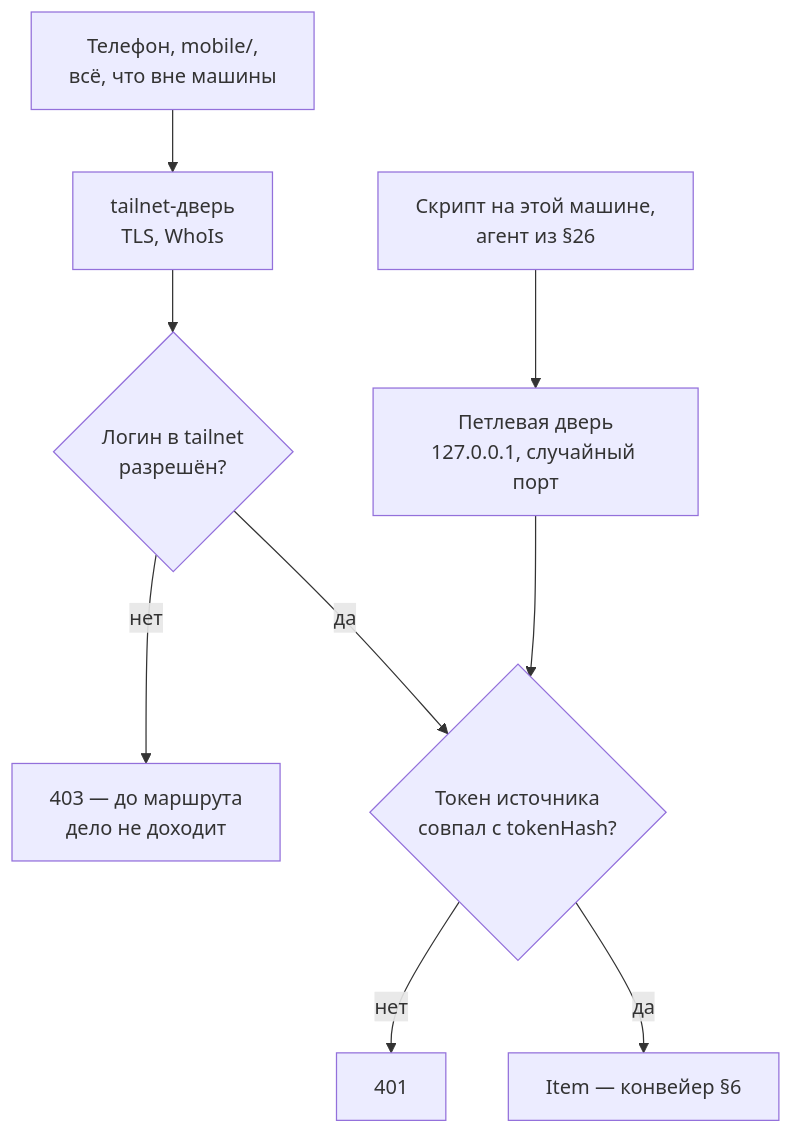
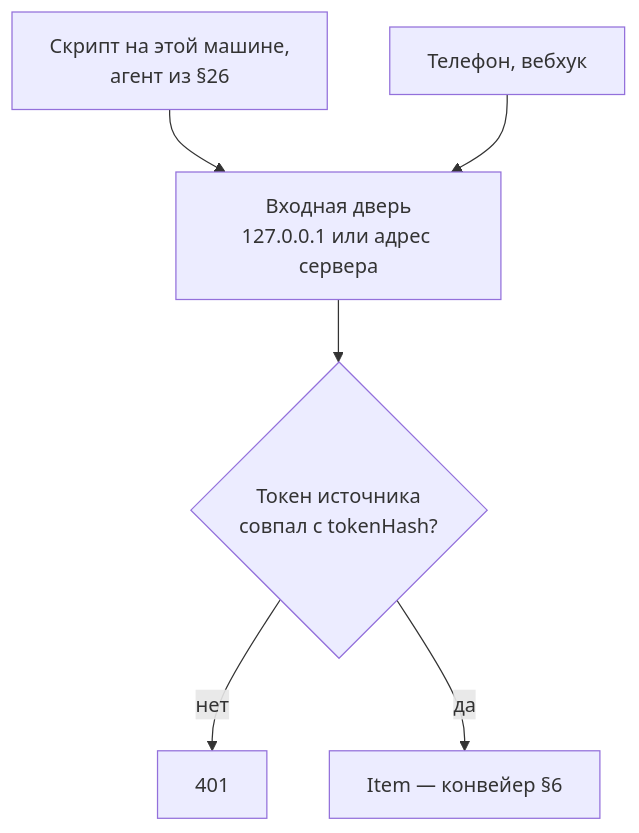
The fourth of 12 diagrams in docs/sources.md (artipop/pourquoipas), drawn with Mermaid before and after one commit. The commit also changed other lines of this file and 66 other files, not shown here.

````diff
--- a/docs/sources.md
+++ b/docs/sources.md
@@ -453,11 +446,8 @@
 ```mermaid
 flowchart TD
-    S1["Скрипт на этой машине,<br/>агент из §26"] --> L["Петлевая дверь<br/>127.0.0.1, случайный порт"]
-    S2["Телефон, mobile/,<br/>всё, что вне машины"] --> T["tailnet-дверь<br/>TLS, WhoIs"]
-    T --> WHO{"Логин в tailnet<br/>разрешён?"}
-    WHO -- нет --> X403["403 — до маршрута<br/>дело не доходит"]
-    WHO -- да --> TOK
+    S1["Скрипт на этой машине,<br/>агент из §26"] --> L["Входная дверь<br/>127.0.0.1 или адрес сервера"]
+    S2["Телефон, вебхук"] --> L
     L --> TOK{"Токен источника<br/>совпал с tokenHash?"}
     TOK -- нет --> X401["401"]
     TOK -- да --> OK["Item — конвейер §6"]
 ```
````
